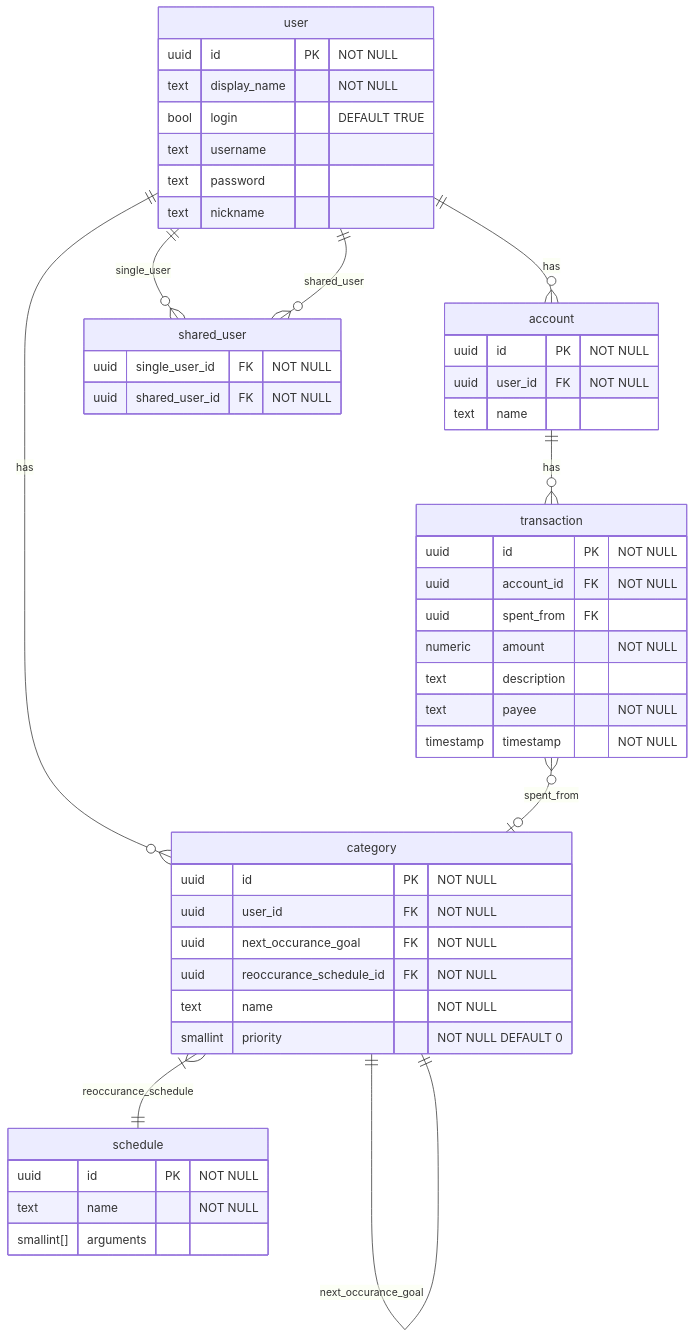
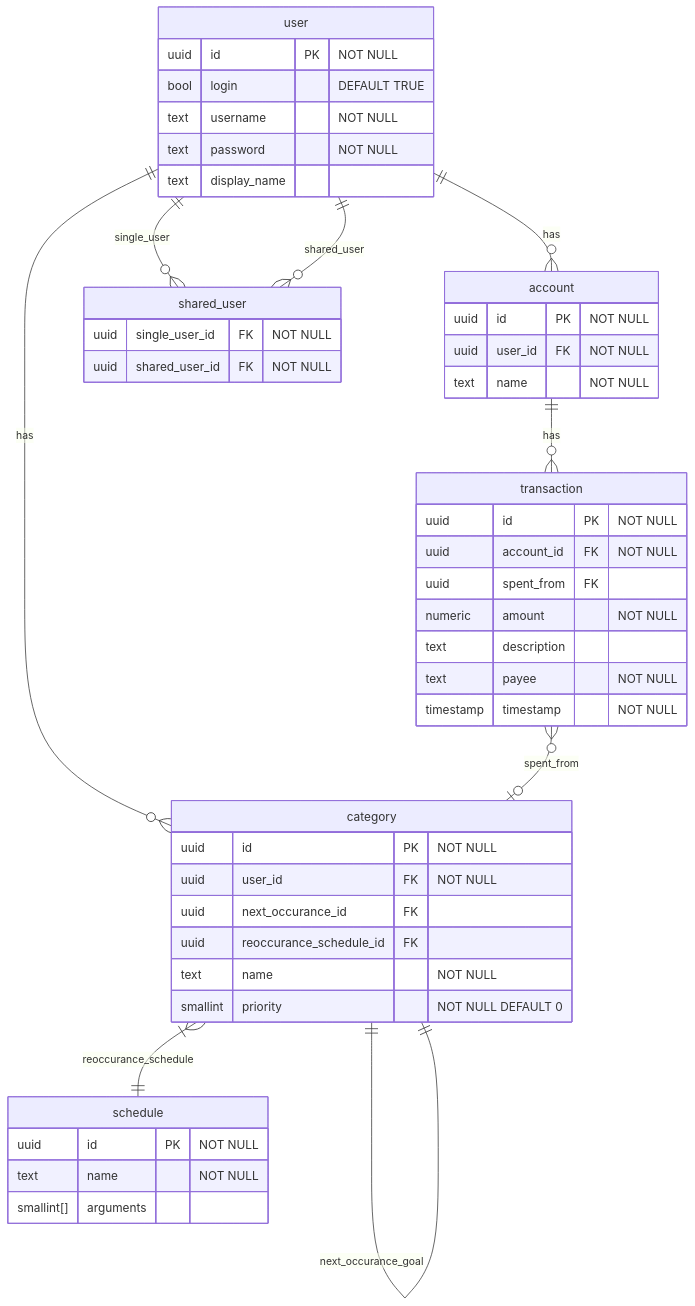
The diagram in data-er.md (andrew-chang-dewitt/cs_487-prj), drawn with Mermaid before and after one commit.

Commit message:
update er

````diff
--- a/data-er.md
+++ b/data-er.md
@@ -1,51 +1,50 @@
 ```mermaid
 erDiagram
     user {
         uuid id PK "NOT NULL"
-        text display_name "NOT NULL"
         bool login "DEFAULT TRUE"
-        text username
-        text password
-        text nickname
+        text username "NOT NULL"
+        text password "NOT NULL"
+        text display_name
     }
     account {
         uuid id PK "NOT NULL"
         uuid user_id FK "NOT NULL"
-        text name
+        text name "NOT NULL"
     }
     transaction {
         uuid id PK "NOT NULL"
         uuid account_id FK "NOT NULL"
         uuid spent_from FK
         numeric amount "NOT NULL"
         text description
         text payee "NOT NULL"
         timestamp timestamp "NOT NULL"
     }
     category {
         uuid id PK "NOT NULL"
         uuid user_id FK "NOT NULL"
-        uuid next_occurance_goal FK "NOT NULL"
-        uuid reoccurance_schedule_id FK "NOT NULL"
+        uuid next_occurance_id FK
+        uuid reoccurance_schedule_id FK
         text name "NOT NULL"
         smallint priority "NOT NULL DEFAULT 0"
     }
     shared_user {
         uuid single_user_id FK "NOT NULL"
         uuid shared_user_id FK "NOT NULL"
     }
     schedule {
         uuid id PK "NOT NULL"
         text name "NOT NULL"
         smallint[] arguments
     }
 
     user ||--o{ account : "has"
     user ||--o{ category : "has"
     user ||--o{ shared_user : "single_user"
     user ||--o{ shared_user : "shared_user"
     account ||--o{ transaction : "has"
     transaction }o--o| category : "spent_from"
     category ||--|| category : "next_occurance_goal"
     category }|--|| schedule : "reoccurance_schedule"
 ```
````
